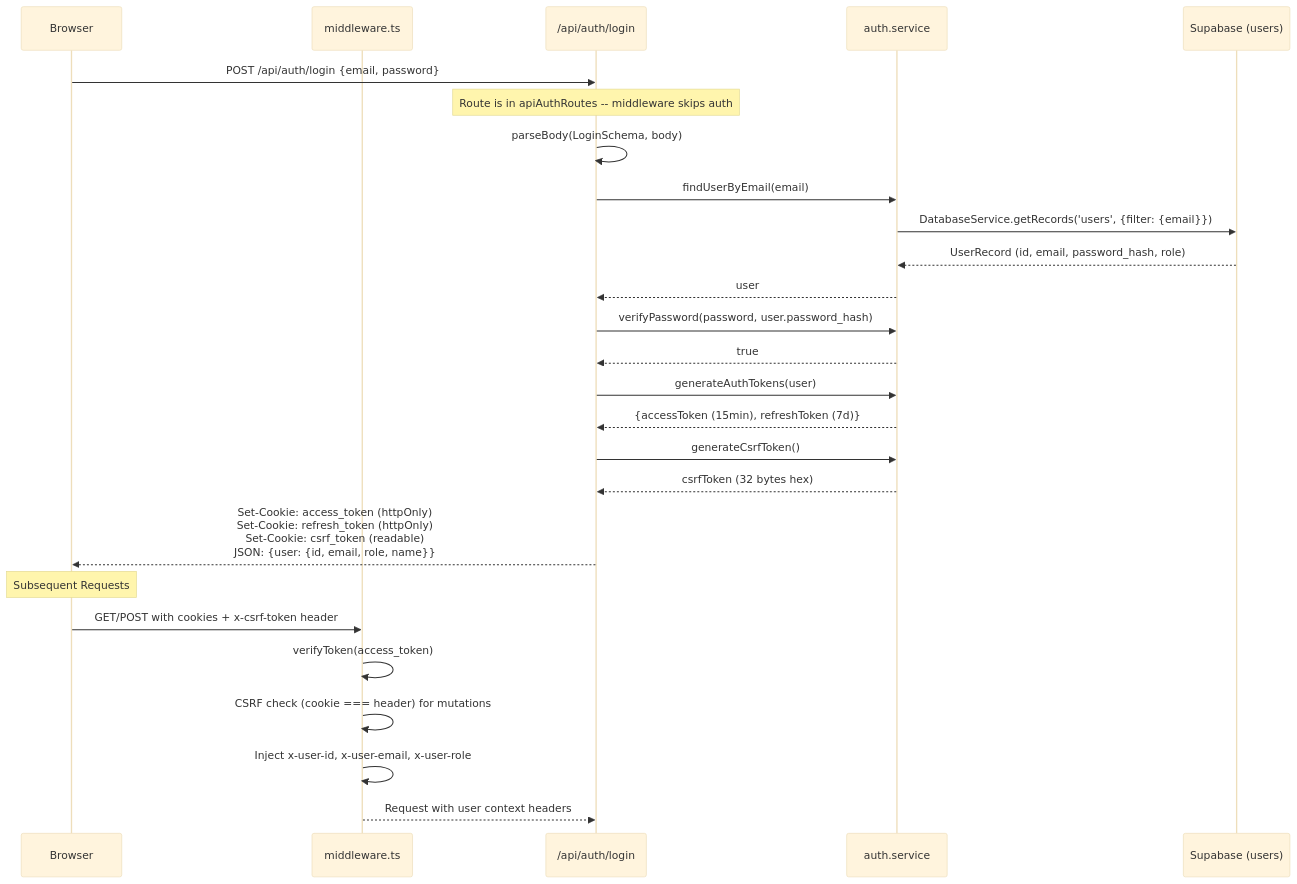
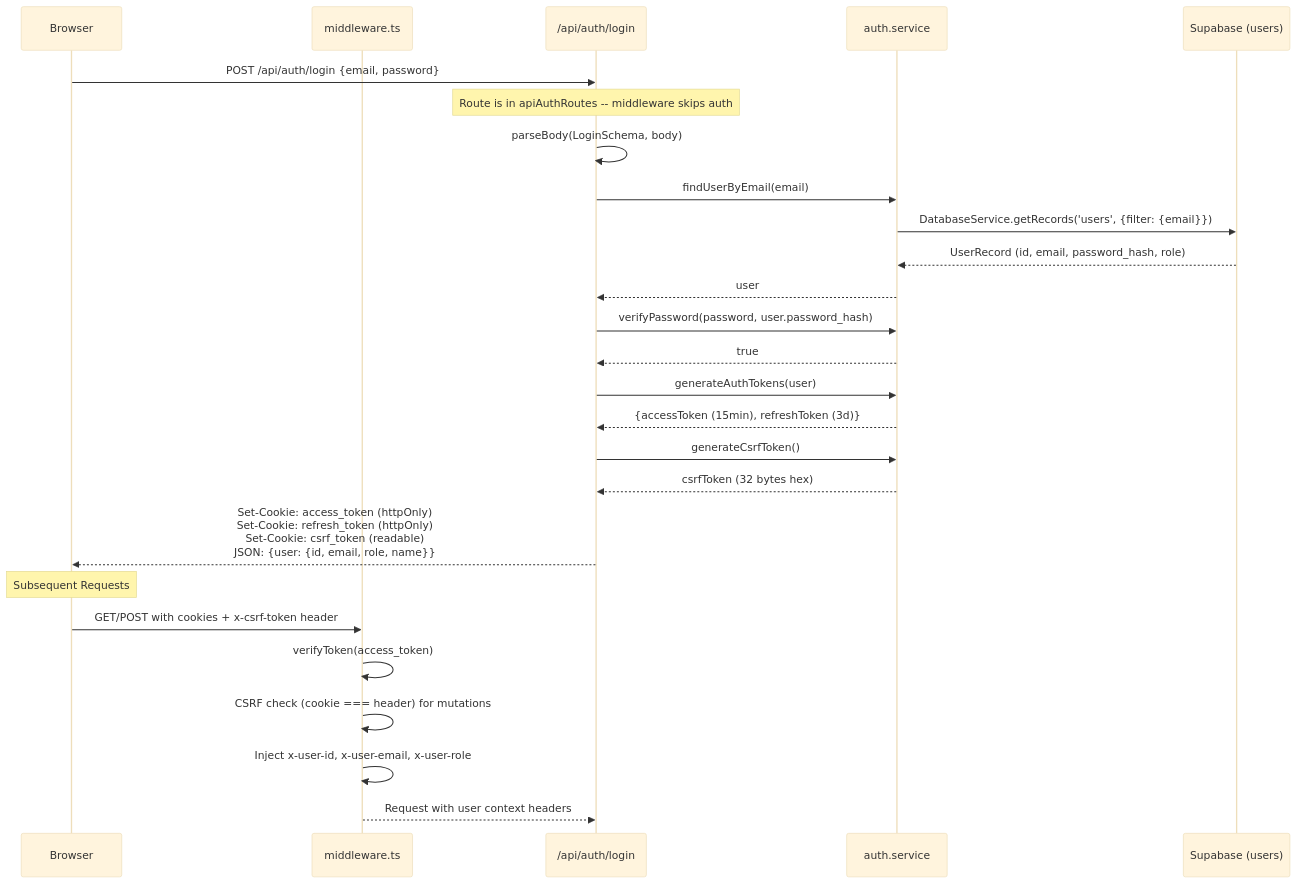
Before and after one commit to GlennAyden/PrincipleLearnV2: the second of 7 diagrams in docs/ARCHITECTURE.md, drawn with Mermaid (base theme). The commit also changed other lines of this file and 26 other files, not shown here.

````diff
--- a/docs/ARCHITECTURE.md
+++ b/docs/ARCHITECTURE.md
@@ -528,30 +528,30 @@
 ```mermaid
 sequenceDiagram
     participant B as Browser
     participant MW as middleware.ts
     participant API as /api/auth/login
     participant AS as auth.service
     participant DB as Supabase (users)
 
     B->>API: POST /api/auth/login {email, password}
     Note over API: Route is in apiAuthRoutes -- middleware skips auth
     API->>API: parseBody(LoginSchema, body)
     API->>AS: findUserByEmail(email)
     AS->>DB: DatabaseService.getRecords('users', {filter: {email}})
     DB-->>AS: UserRecord (id, email, password_hash, role)
     AS-->>API: user
     API->>AS: verifyPassword(password, user.password_hash)
     AS-->>API: true
     API->>AS: generateAuthTokens(user)
-    AS-->>API: {accessToken (15min), refreshToken (7d)}
+    AS-->>API: {accessToken (15min), refreshToken (3d)}
     API->>AS: generateCsrfToken()
     AS-->>API: csrfToken (32 bytes hex)
     API-->>B: Set-Cookie: access_token (httpOnly)<br/>Set-Cookie: refresh_token (httpOnly)<br/>Set-Cookie: csrf_token (readable)<br/>JSON: {user: {id, email, role, name}}
 
     Note over B: Subsequent Requests
     B->>MW: GET/POST with cookies + x-csrf-token header
     MW->>MW: verifyToken(access_token)
     MW->>MW: CSRF check (cookie === header) for mutations
     MW->>MW: Inject x-user-id, x-user-email, x-user-role
     MW-->>API: Request with user context headers
 ```
````
